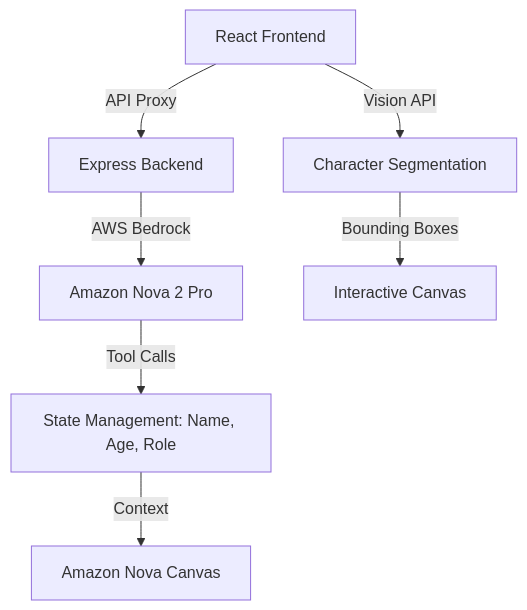
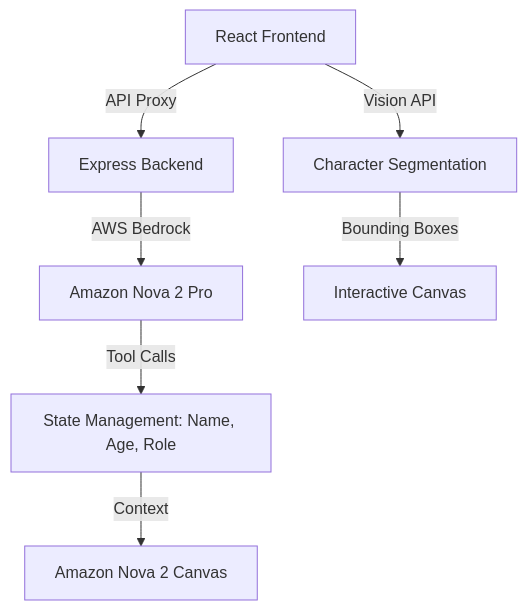
The diagram in ARCHITECTURE.md (StnkRB/Nova-DoodleTales), drawn with Mermaid before and after one commit. The commit also changed other lines of this file and 6 other files, not shown here.

````diff
--- a/ARCHITECTURE.md
+++ b/ARCHITECTURE.md
@@ -9,9 +9,9 @@
 ```mermaid
 graph TD
     A[React Frontend] -->|API Proxy| B[Express Backend]
     B -->|AWS Bedrock| C[Amazon Nova 2 Pro]
     A -->|Vision API| E[Character Segmentation]
     E -->|Bounding Boxes| F[Interactive Canvas]
     C -->|Tool Calls| G[State Management: Name, Age, Role]
-    G -->|Context| H[Amazon Nova Canvas]
+    G -->|Context| H[Amazon Nova 2 Canvas]
 ```
````
